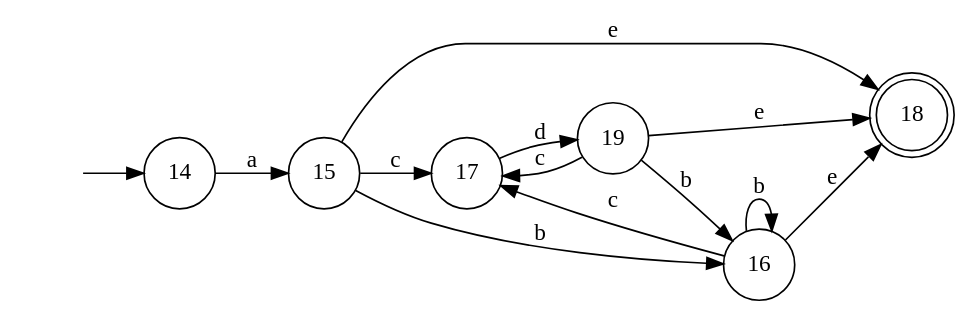
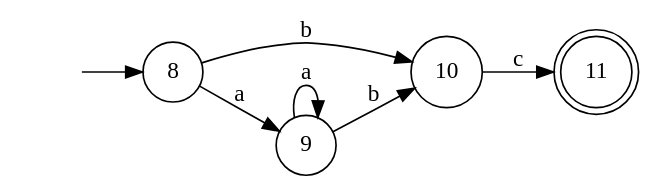
One commit to 1357885013/compiler changed the diagram in ere/DFA.dot. Above: the diagram before and after it, drawn with Graphviz. The commit also changed 10 other files, not shown here.

Commit message:
修改 去除空边时没考虑单向空边的bug 添加 把状态输出成图片的功能

```diff
--- a/ere/DFA.dot
+++ b/ere/DFA.dot
@@ -1,20 +1,14 @@
 digraph{
 rankdir="LR";
 fontname = "Microsoft YaHei";
 node [shape = circle, fontname = "Microsoft YaHei"];
 edge [fontname = "Microsoft YaHei"];
 -1[style=invis];
-18 [ shape = doublecircle ];
--1 -> 14;
-19 -> 18[ label = "e" ];
-19 -> 17[ label = "c" ];
-19 -> 16[ label = "b" ];
-17 -> 19[ label = "d" ];
-16 -> 18[ label = "e" ];
-16 -> 17[ label = "c" ];
-16 -> 16[ label = "b" ];
-15 -> 18[ label = "e" ];
-15 -> 17[ label = "c" ];
-15 -> 16[ label = "b" ];
-14 -> 15[ label = "a" ];
+-1 -> 8;
+10 -> 11[ label = "c" ];
+11 [ shape = doublecircle ];
+9 -> 10[ label = "b" ];
+9 -> 9[ label = "a" ];
+8 -> 10[ label = "b" ];
+8 -> 9[ label = "a" ];
 }
```
